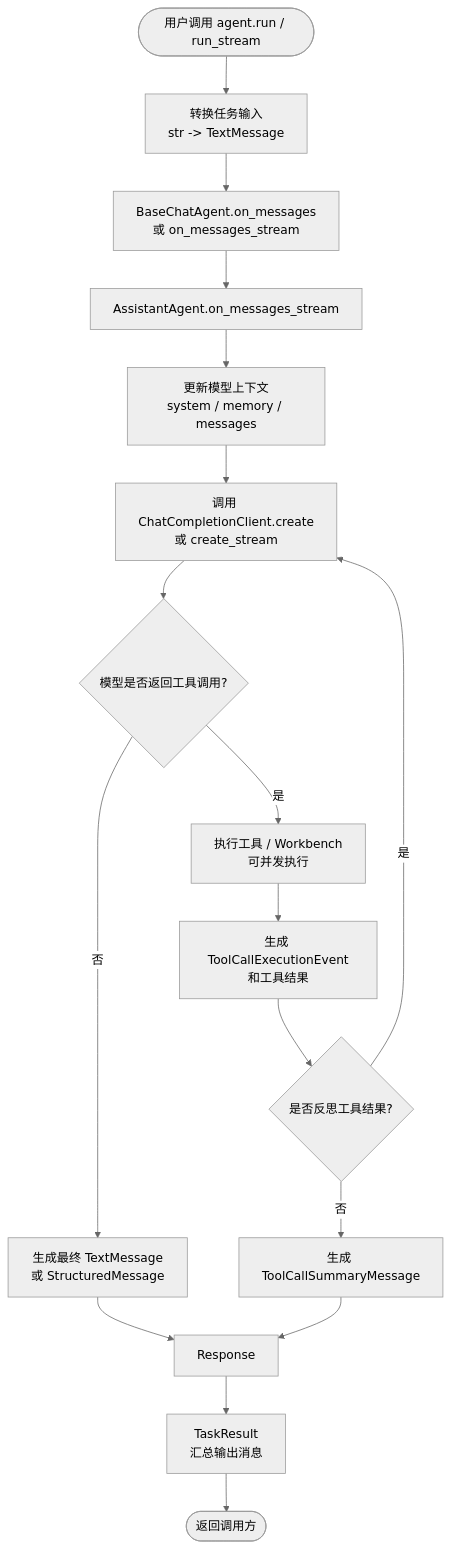
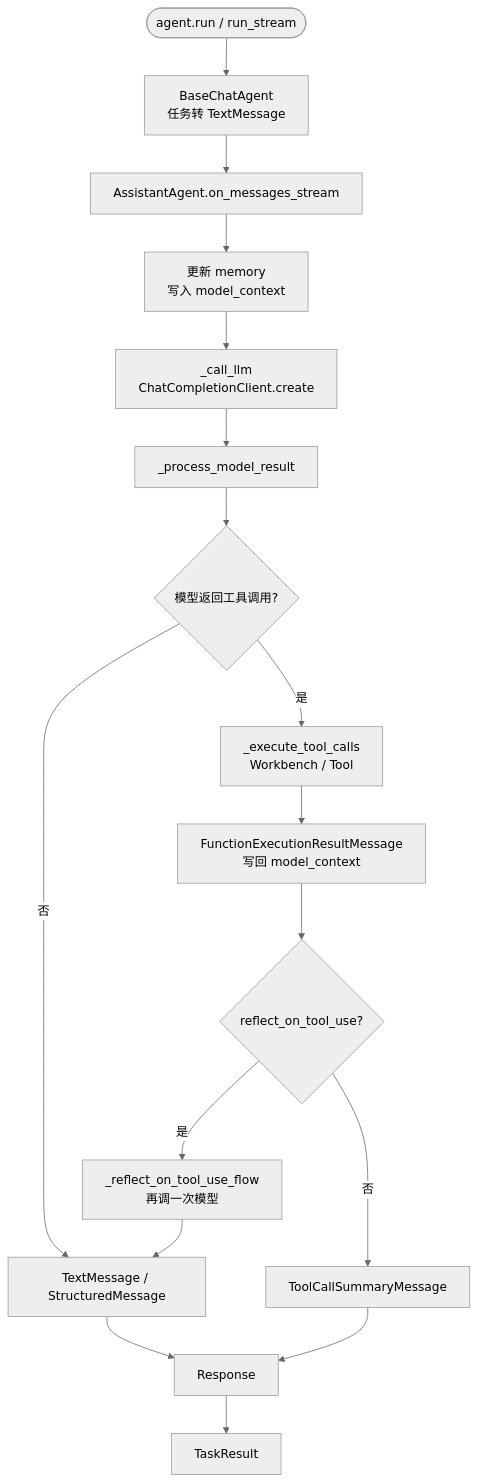
The diagram in docs/autogen-source-analysis/agent-flow.mmd (onlycaizhongwen/llm-framework-internals), drawn with Mermaid (neutral theme) before and after one commit. The commit also changed 7 other files, not shown here.

```diff
--- a/docs/autogen-source-analysis/agent-flow.mmd
+++ b/docs/autogen-source-analysis/agent-flow.mmd
@@ -1,17 +1,17 @@
 flowchart TD
-    Start([用户调用 agent.run / run_stream]) --> Normalize["转换任务输入\nstr -> TextMessage"]
-    Normalize --> OnMessages["BaseChatAgent.on_messages\n或 on_messages_stream"]
-    OnMessages --> Assistant["AssistantAgent.on_messages_stream"]
-    Assistant --> Context["更新模型上下文\nsystem / memory / messages"]
-    Context --> ModelCall["调用 ChatCompletionClient.create\n或 create_stream"]
-    ModelCall --> ToolCalls{"模型是否返回工具调用?"}
-    ToolCalls -->|否| FinalText["生成最终 TextMessage\n或 StructuredMessage"]
-    ToolCalls -->|是| ExecuteTools["执行工具 / Workbench\n可并发执行"]
-    ExecuteTools --> ToolResult["生成 ToolCallExecutionEvent\n和工具结果"]
-    ToolResult --> Reflect{"是否反思工具结果?"}
-    Reflect -->|是| ModelCall
-    Reflect -->|否| Summary["生成 ToolCallSummaryMessage"]
-    FinalText --> Response["Response"]
+    Start([agent.run / run_stream]) --> Normalize["BaseChatAgent<br/>任务转 TextMessage"]
+    Normalize --> Stream["AssistantAgent.on_messages_stream"]
+    Stream --> Memory["更新 memory<br/>写入 model_context"]
+    Memory --> CallLLM["_call_llm<br/>ChatCompletionClient.create"]
+    CallLLM --> ModelResult["_process_model_result"]
+    ModelResult --> ToolCall{"模型返回工具调用?"}
+    ToolCall -->|否| Final["TextMessage / StructuredMessage"]
+    ToolCall -->|是| Execute["_execute_tool_calls<br/>Workbench / Tool"]
+    Execute --> AddResult["FunctionExecutionResultMessage<br/>写回 model_context"]
+    AddResult --> Reflect{"reflect_on_tool_use?"}
+    Reflect -->|是| ReflectFlow["_reflect_on_tool_use_flow<br/>再调一次模型"]
+    Reflect -->|否| Summary["ToolCallSummaryMessage"]
+    ReflectFlow --> Final
+    Final --> Response["Response"]
     Summary --> Response
-    Response --> TaskResult["TaskResult\n汇总输出消息"]
-    TaskResult --> End([返回调用方])
+    Response --> TaskResult["TaskResult"]
```
